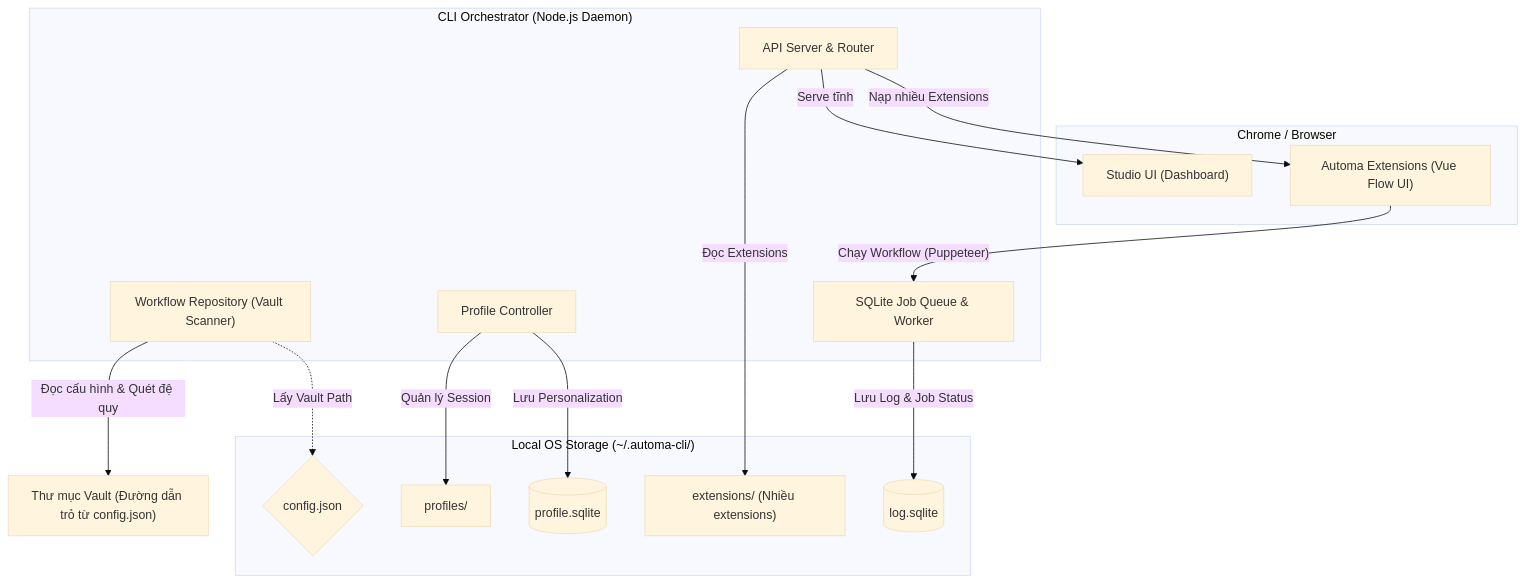
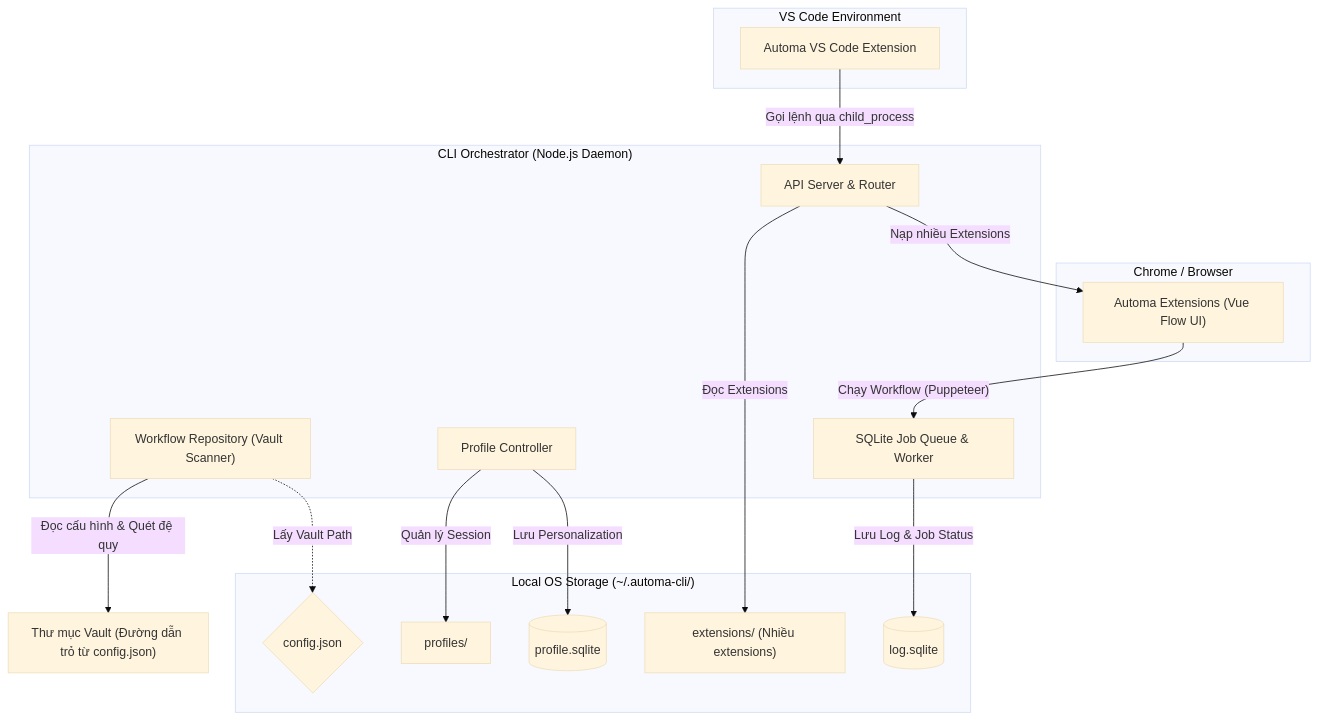
One commit to tuquet/automa changed the diagram in README.md. Above: the diagram before and after it, drawn with Mermaid (base theme). The commit also changed other lines of this file, not shown here.

````diff
--- a/README.md
+++ b/README.md
@@ -40,37 +40,40 @@
 ```mermaid
 graph TD
+    subgraph IDE ["VS Code Environment"]
+        vscode_ext["Automa VS Code Extension"]
+    end
+
     subgraph Browser ["Chrome / Browser"]
         ex_ui["Automa Extensions (Vue Flow UI)"]
-        studio_client["Studio UI (Dashboard)"]
     end
 
     subgraph Core ["CLI Orchestrator (Node.js Daemon)"]
         cli_server["API Server & Router"]
         cli_repo["Workflow Repository (Vault Scanner)"]
         cli_profile["Profile Controller"]
         cli_queue["SQLite Job Queue & Worker"]
     end
 
     subgraph Storage ["Local OS Storage (~/.automa-cli/)"]
         config_json{"config.json"}
         extensions_dir["extensions/ (Nhiều extensions)"]
         profiles_dir["profiles/"]
         db_profile[("profile.sqlite")]
         db_log[("log.sqlite")]
     end
     
     vault_dir["Thư mục Vault (Đường dẫn trỏ từ config.json)"]
 
     %% CLI Functions
     cli_repo -- "Đọc cấu hình & Quét đệ quy" --> vault_dir
     cli_repo -. "Lấy Vault Path" .-> config_json
     cli_server -- "Đọc Extensions" --> extensions_dir
     cli_profile -- "Quản lý Session" --> profiles_dir
     cli_profile -- "Lưu Personalization" --> db_profile
     cli_queue -- "Lưu Log & Job Status" --> db_log
     
     %% Interactions
-    cli_server -- "Serve tĩnh" --> studio_client
     cli_server -- "Nạp nhiều Extensions" --> ex_ui
+    vscode_ext -- "Gọi lệnh qua child_process" --> cli_server
     ex_ui -- "Chạy Workflow (Puppeteer)" --> cli_queue
 ```
````
